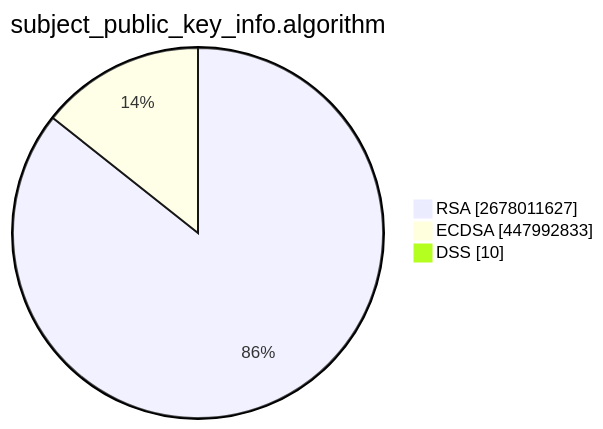
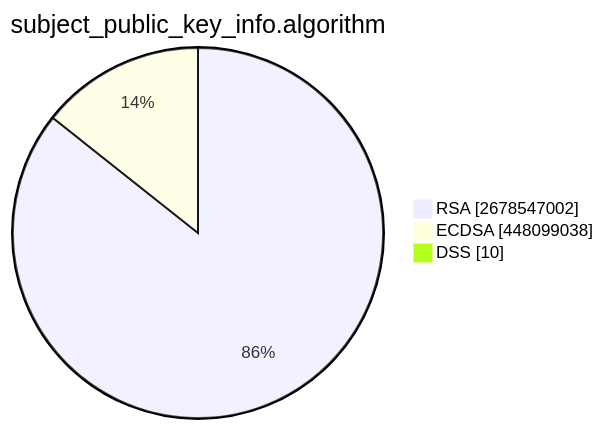
One commit to christiankrug/ctmonitor_visualization changed the second of 15 diagrams in TOTAL/README.md. Above: the diagram before and after it, drawn with Mermaid. The commit also changed other lines of this file, not shown here.

````diff
--- a/TOTAL/README.md
+++ b/TOTAL/README.md
@@ -6,7 +6,7 @@
 ```mermaid
 pie showData
 title subject_public_key_info.algorithm
-"RSA" :2678011627
-"ECDSA" :447992833
+"RSA" :2678547002
+"ECDSA" :448099038
 "DSS" :10
 ```
````
